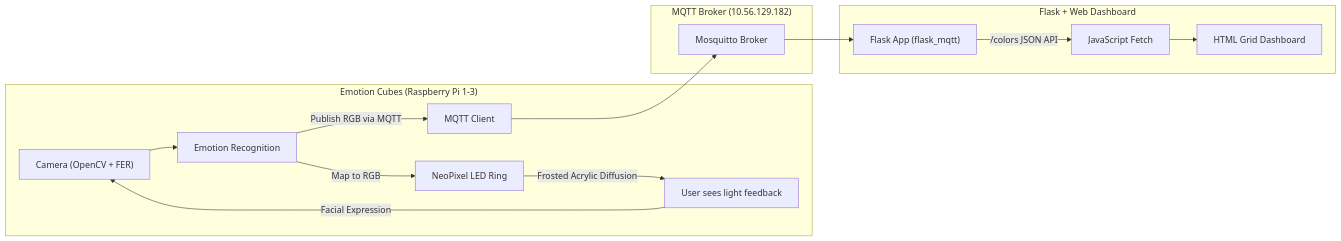
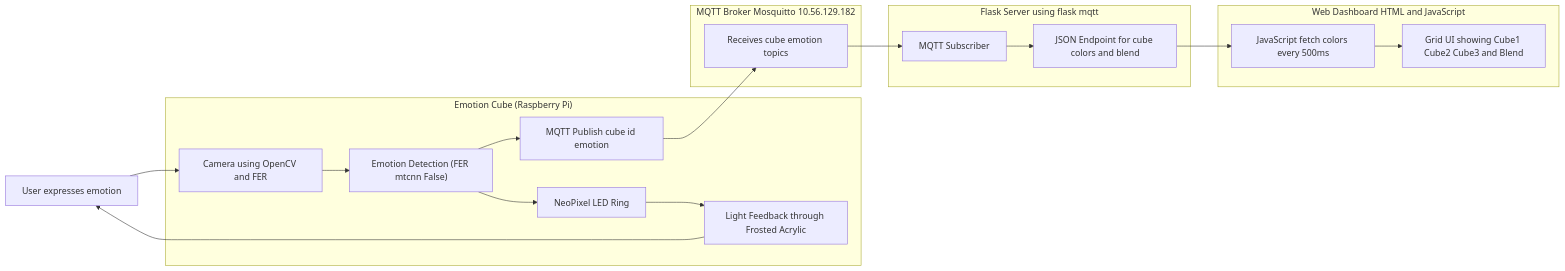
The diagram in Lab 6/README.md (thomknoe/INFO-5345), drawn with Mermaid before and after one commit.

````diff
--- a/Lab 6/README.md
+++ b/Lab 6/README.md
@@ -227,21 +227,33 @@
 ```mermaid
 flowchart LR
-    subgraph EmotionCubes["Emotion Cubes (Raspberry Pi 1-3)"]
-        cam["Camera (OpenCV + FER)"] --> detect["Emotion Recognition"]
-        detect -->|Map to RGB| led["NeoPixel LED Ring"]
-        detect -->|Publish RGB via MQTT| mqtt_client["MQTT Client"]
-        led -->|Frosted Acrylic Diffusion| user["User sees light feedback"]
+    %% USER INTERACTION
+    user["User expresses emotion"] --> cam["Camera using OpenCV and FER"]
+
+    %% EMOTION CUBE LAYER
+    subgraph Cube["Emotion Cube (Raspberry Pi)"]
+        cam --> detect["Emotion Detection (FER mtcnn False)"]
+        detect --> led["NeoPixel LED Ring"]
+        detect --> mqtt_pub["MQTT Publish cube id emotion"]
+        led --> user_feedback["Light Feedback through Frosted Acrylic"]
     end
 
-    subgraph Broker["MQTT Broker (10.56.129.182)"]
-        mqtt_client --> broker_server["Mosquitto Broker"]
+    %% BROKER LAYER
+    subgraph Broker["MQTT Broker Mosquitto 10.56.129.182"]
+        mqtt_pub --> broker_server["Receives cube emotion topics"]
     end
 
-    subgraph Dashboard["Flask + Web Dashboard"]
-        broker_server --> flask_app["Flask App (flask_mqtt)"]
-        flask_app -->|/colors JSON API| js_client["JavaScript Fetch"]
-        js_client --> web_ui["HTML Grid Dashboard"]
+    %% FLASK BACKEND
+    subgraph FlaskApp["Flask Server using flask mqtt"]
+        broker_server --> flask_mqtt["MQTT Subscriber"]
+        flask_mqtt --> colors_api["JSON Endpoint for cube colors and blend"]
     end
 
-    user -->|Facial Expression| cam
+    %% FRONTEND DASHBOARD
+    subgraph Dashboard["Web Dashboard HTML and JavaScript"]
+        colors_api --> js_client["JavaScript fetch colors every 500ms"]
+        js_client --> html_grid["Grid UI showing Cube1 Cube2 Cube3 and Blend"]
+    end
+
+    %% FEEDBACK LOOP
+    user_feedback --> user
 ```
````
